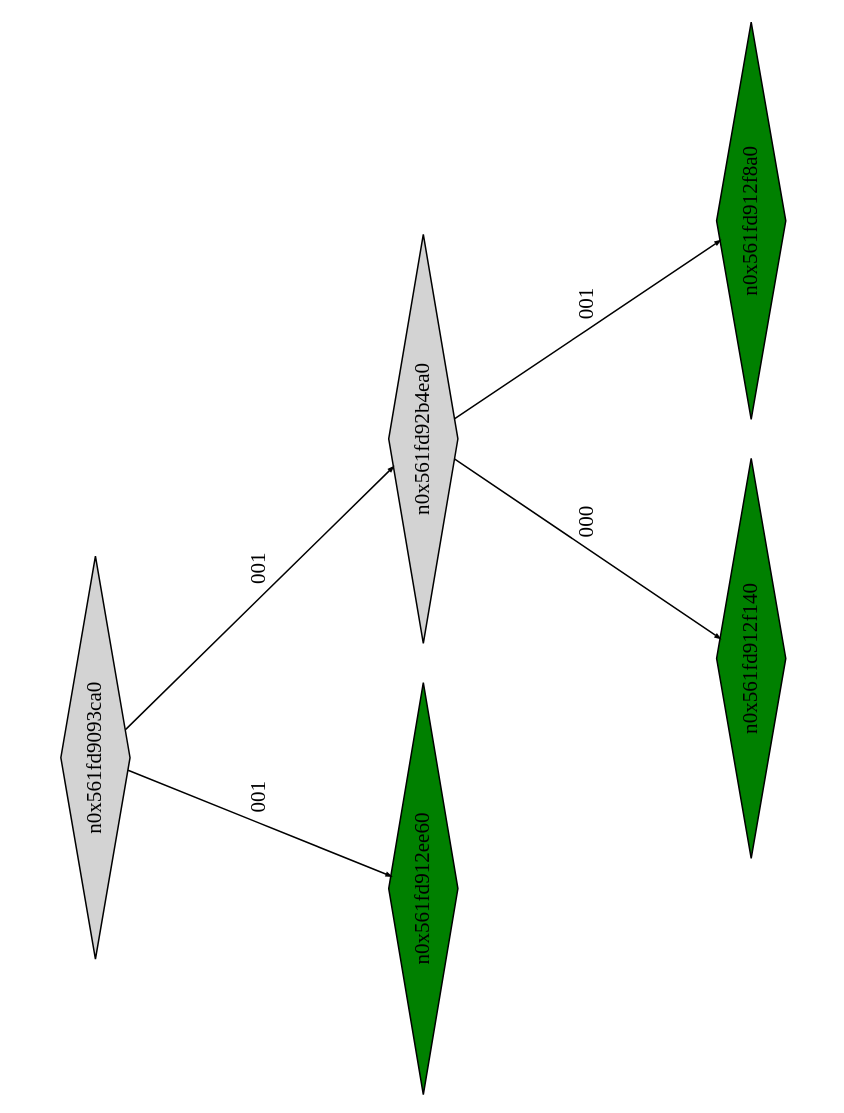
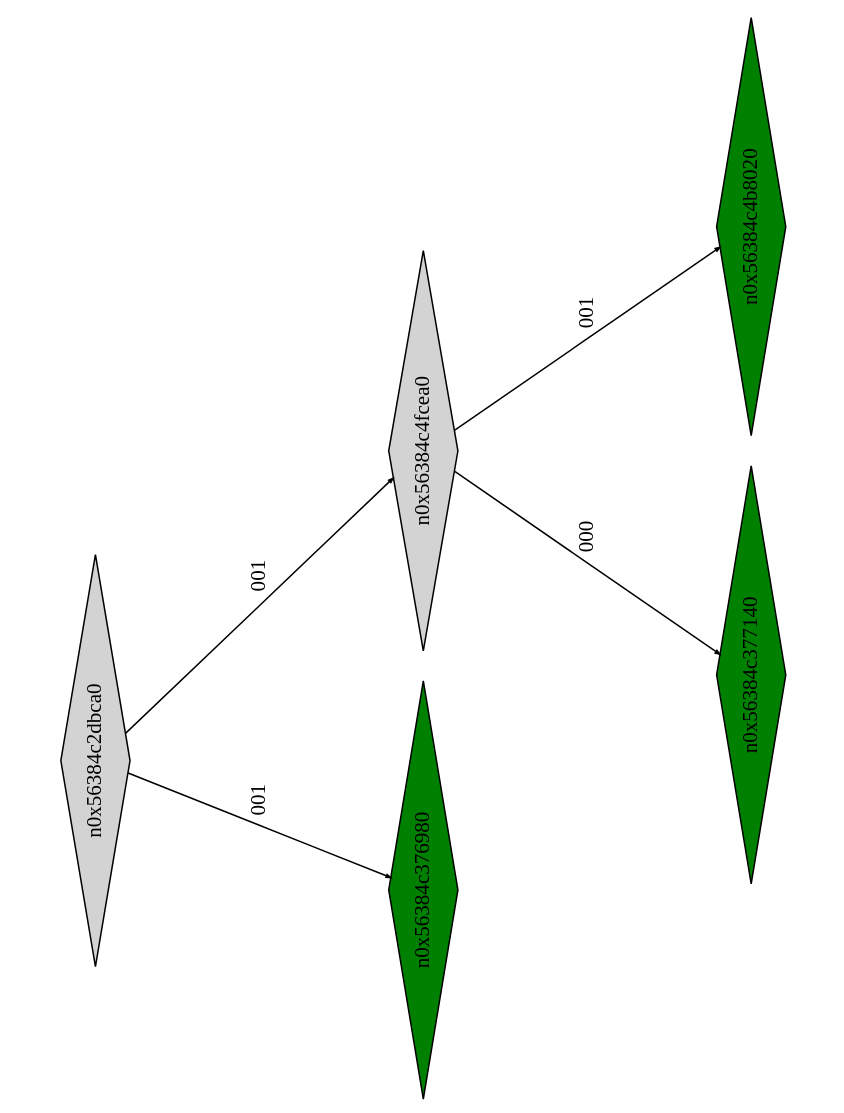
One commit to Research-Tools-PAVT/PSE-Program-Examples changed the diagram in montyhall_klee_out/ptree_00001030.dot. Above: the diagram before and after it, drawn with Graphviz. The commit also changed 101 other files, not shown here.

```diff
--- a/montyhall_klee_out/ptree_00001030.dot
+++ b/montyhall_klee_out/ptree_00001030.dot
@@ -1,17 +1,17 @@
 digraph G {
 	size="10,7.5";
 	ratio=fill;
 	rotate=90;
 	center = "true";
 	node [style="filled",width=.1,height=.1,fontname="Terminus"]
 	edge [arrowsize=.3]
-	n0x561fd9093ca0 [shape=diamond];
-	n0x561fd9093ca0 -> n0x561fd912ee60 [label=001];
-	n0x561fd9093ca0 -> n0x561fd92b4ea0 [label=001];
-	n0x561fd92b4ea0 [shape=diamond];
-	n0x561fd92b4ea0 -> n0x561fd912f140 [label=000];
-	n0x561fd92b4ea0 -> n0x561fd912f8a0 [label=001];
-	n0x561fd912f8a0 [shape=diamond,fillcolor=green];
-	n0x561fd912f140 [shape=diamond,fillcolor=green];
-	n0x561fd912ee60 [shape=diamond,fillcolor=green];
+	n0x56384c2dbca0 [shape=diamond];
+	n0x56384c2dbca0 -> n0x56384c376980 [label=001];
+	n0x56384c2dbca0 -> n0x56384c4fcea0 [label=001];
+	n0x56384c4fcea0 [shape=diamond];
+	n0x56384c4fcea0 -> n0x56384c377140 [label=000];
+	n0x56384c4fcea0 -> n0x56384c4b8020 [label=001];
+	n0x56384c4b8020 [shape=diamond,fillcolor=green];
+	n0x56384c377140 [shape=diamond,fillcolor=green];
+	n0x56384c376980 [shape=diamond,fillcolor=green];
 }
```
